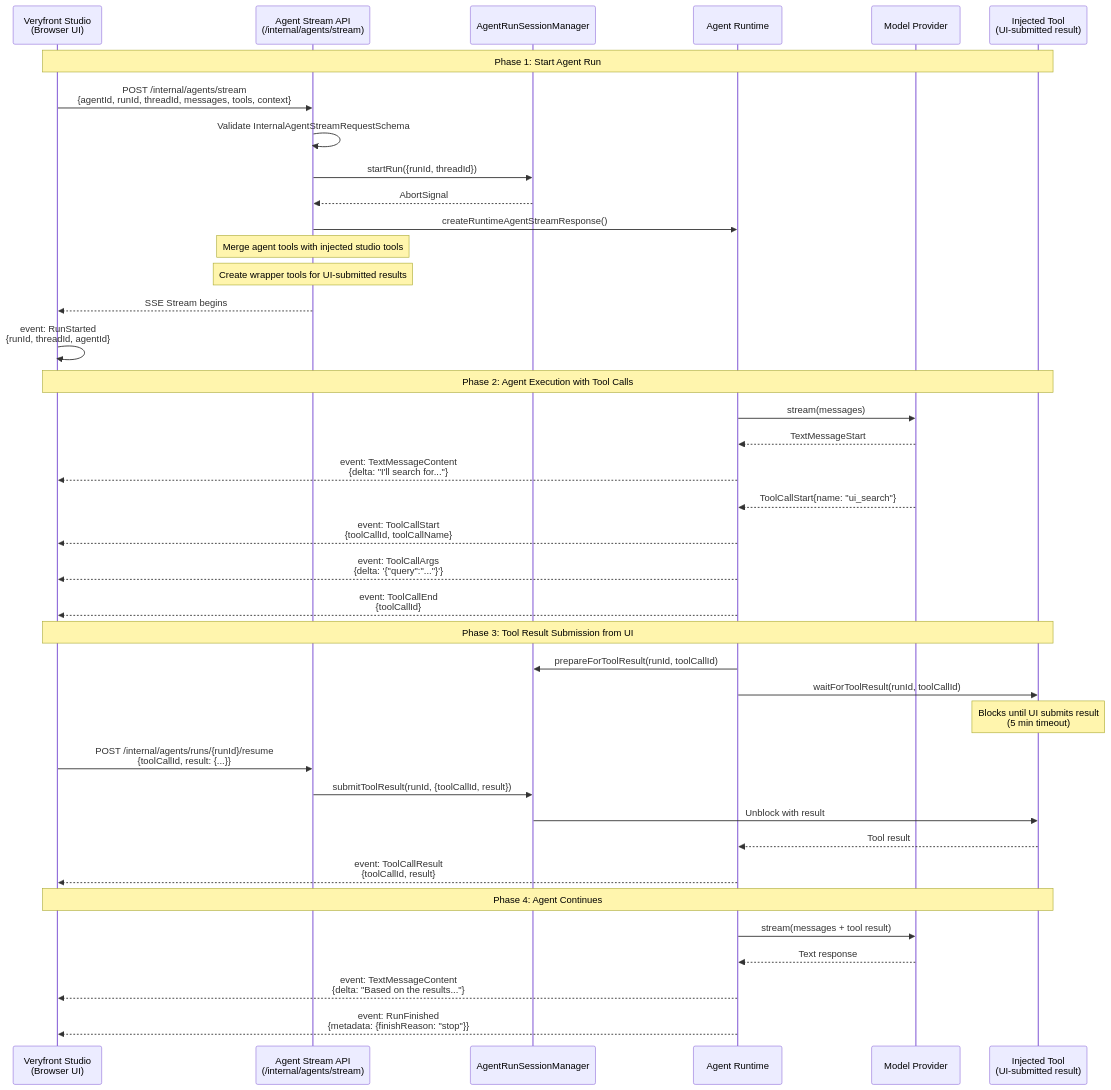
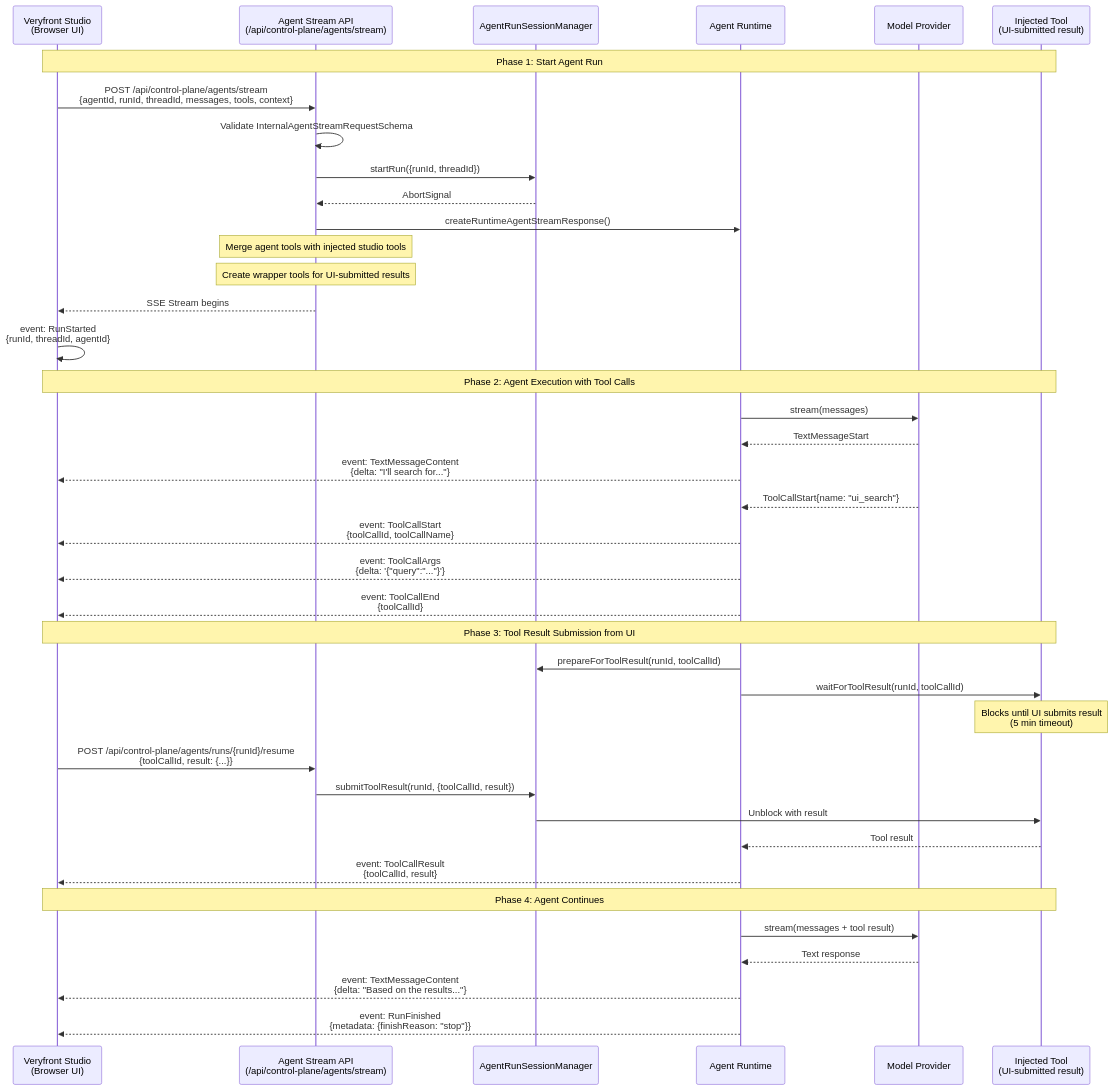
One commit to veryfront/veryfront-code changed the third of 5 diagrams in docs/architecture/04-mcp-servers.md. Above: the diagram before and after it, drawn with Mermaid. The commit also changed other lines of this file and 35 other files, not shown here.

Commit message:
Use control-plane agent service routes

````diff
--- a/docs/architecture/04-mcp-servers.md
+++ b/docs/architecture/04-mcp-servers.md
@@ -159,50 +159,50 @@
 ```mermaid
 sequenceDiagram
     participant Studio as Veryfront Studio<br/>(Browser UI)
-    participant API as Agent Stream API<br/>(/internal/agents/stream)
+    participant API as Agent Stream API<br/>(/api/control-plane/agents/stream)
     participant SessionMgr as AgentRunSessionManager
     participant Runtime as Agent Runtime
     participant Provider as Model Provider
     participant InjectedTool as Injected Tool<br/>(UI-submitted result)
 
     Note over Studio,InjectedTool: Phase 1: Start Agent Run
-    Studio->>API: POST /internal/agents/stream<br/>{agentId, runId, threadId, messages, tools, context}
+    Studio->>API: POST /api/control-plane/agents/stream<br/>{agentId, runId, threadId, messages, tools, context}
     API->>API: Validate InternalAgentStreamRequestSchema
     API->>SessionMgr: startRun({runId, threadId})
     SessionMgr-->>API: AbortSignal
 
     API->>Runtime: createRuntimeAgentStreamResponse()
     Note over API: Merge agent tools with injected studio tools
     Note over API: Create wrapper tools for UI-submitted results
 
     API-->>Studio: SSE Stream begins
     Studio->>Studio: event: RunStarted<br/>{runId, threadId, agentId}
 
     Note over Studio,InjectedTool: Phase 2: Agent Execution with Tool Calls
     Runtime->>Provider: stream(messages)
     Provider-->>Runtime: TextMessageStart
     Runtime-->>Studio: event: TextMessageContent<br/>{delta: "I'll search for..."}
 
     Provider-->>Runtime: ToolCallStart{name: "ui_search"}
     Runtime-->>Studio: event: ToolCallStart<br/>{toolCallId, toolCallName}
     Runtime-->>Studio: event: ToolCallArgs<br/>{delta: '{"query":"..."}'}
     Runtime-->>Studio: event: ToolCallEnd<br/>{toolCallId}
 
     Note over Studio,InjectedTool: Phase 3: Tool Result Submission from UI
     Runtime->>SessionMgr: prepareForToolResult(runId, toolCallId)
     Runtime->>InjectedTool: waitForToolResult(runId, toolCallId)
     Note over InjectedTool: Blocks until UI submits result<br/>(5 min timeout)
 
-    Studio->>API: POST /internal/agents/runs/{runId}/resume<br/>{toolCallId, result: {...}}
+    Studio->>API: POST /api/control-plane/agents/runs/{runId}/resume<br/>{toolCallId, result: {...}}
     API->>SessionMgr: submitToolResult(runId, {toolCallId, result})
     SessionMgr->>InjectedTool: Unblock with result
 
     InjectedTool-->>Runtime: Tool result
     Runtime-->>Studio: event: ToolCallResult<br/>{toolCallId, result}
 
     Note over Studio,InjectedTool: Phase 4: Agent Continues
     Runtime->>Provider: stream(messages + tool result)
     Provider-->>Runtime: Text response
     Runtime-->>Studio: event: TextMessageContent<br/>{delta: "Based on the results..."}
     Runtime-->>Studio: event: RunFinished<br/>{metadata: {finishReason: "stop"}}
 ```
````
